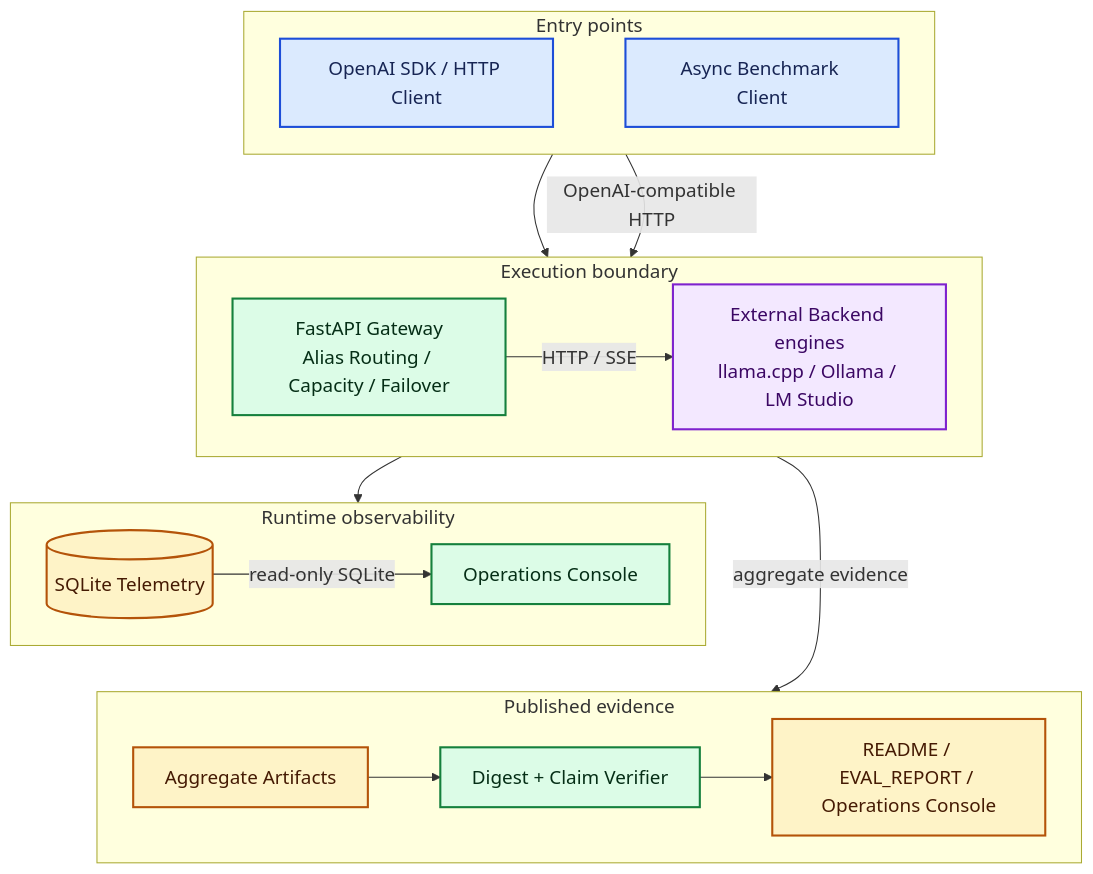
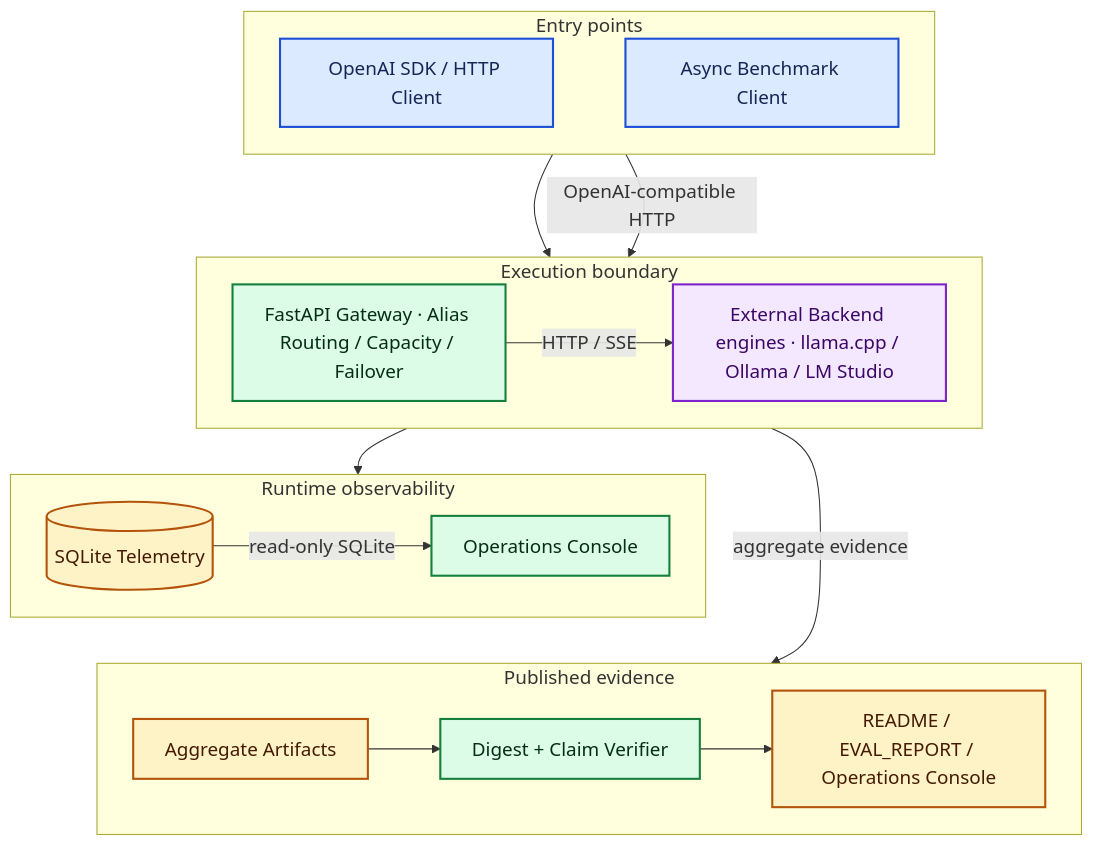
One commit to kuotunyu/local-inference-bench-gateway changed the first of 3 diagrams in README.md. Above: the diagram before and after it, drawn with Mermaid. The commit also changed other lines of this file and 1 other file, not shown here.

Commit message:
docs: harden GitHub Mermaid labels

````diff
--- a/README.md
+++ b/README.md
@@ -24,48 +24,48 @@
 ```mermaid
 %%{init: {"themeVariables": {"fontSize": "18px"}, "flowchart": {"nodeSpacing": 32, "rankSpacing": 44}}}%%
 flowchart TB
     subgraph Entry["Entry points"]
         direction LR
         Client["OpenAI SDK / HTTP Client"]
         Bench["Async Benchmark Client"]
         Client ~~~ Bench
     end
 
     subgraph Execution["Execution boundary"]
         direction LR
-        Gateway["FastAPI Gateway<br/>Alias Routing / Capacity / Failover"]
-        Engines["External Backend engines<br/>llama.cpp / Ollama / LM Studio"]
+        Gateway["FastAPI Gateway · Alias Routing / Capacity / Failover"]
+        Engines["External Backend engines · llama.cpp / Ollama / LM Studio"]
     end
 
     subgraph Observability["Runtime observability"]
         direction LR
         Telemetry[("SQLite Telemetry")]
         Console["Operations Console"]
     end
 
     subgraph Evidence["Published evidence"]
         direction LR
         Aggregates["Aggregate Artifacts"]
         Verifier["Digest + Claim Verifier"]
         Surfaces["README / EVAL_REPORT / Operations Console"]
     end
 
     Client --> Gateway
     Gateway -->|"HTTP / SSE"| Engines
     Bench -->|"OpenAI-compatible HTTP"| Engines
     Gateway --> Telemetry
     Telemetry -->|"read-only SQLite"| Console
     Engines -->|"aggregate evidence"| Aggregates
     Aggregates --> Verifier
     Verifier --> Surfaces
     Console ~~~ Aggregates
 
     classDef actor fill:#DBEAFE,stroke:#1D4ED8,stroke-width:2px,color:#172554;
     classDef runtime fill:#DCFCE7,stroke:#15803D,stroke-width:2px,color:#052E16;
     classDef data fill:#FEF3C7,stroke:#B45309,stroke-width:2px,color:#451A03;
     classDef external fill:#F3E8FF,stroke:#7E22CE,stroke-width:2px,color:#3B0764;
     class Client,Bench actor;
     class Gateway,Console,Verifier runtime;
     class Telemetry,Aggregates,Surfaces data;
     class Engines external;
 ```
````
